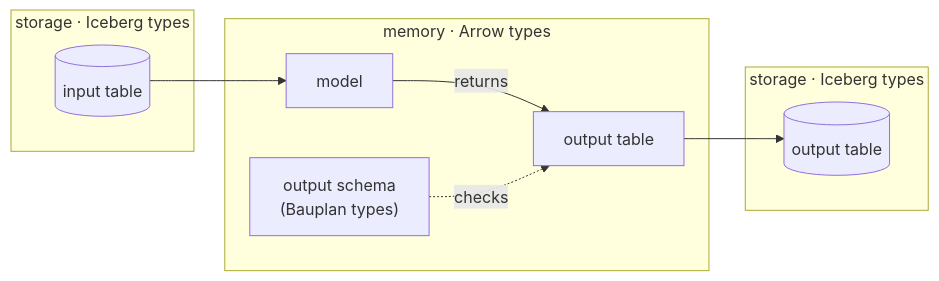
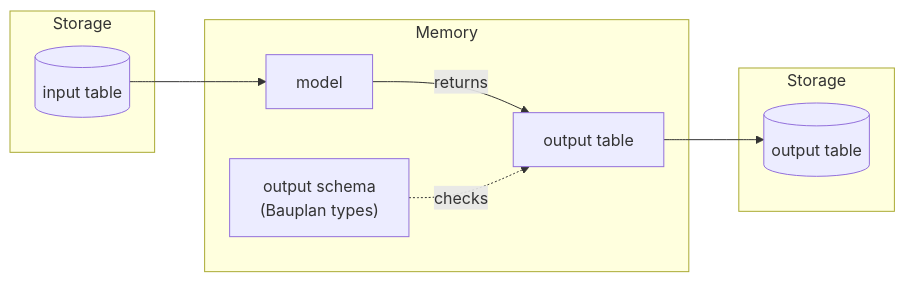
Before and after one commit to BauplanLabs/bauplan: the diagram in docs/pages/concepts/semantics.mdx, drawn with Mermaid. The commit also changed other lines of this file and 3 other files, not shown here.

First line of the commit message:
docs: add an Iceberg/Arrow legend to the type systems diagram

````diff
--- a/docs/pages/concepts/semantics.mdx
+++ b/docs/pages/concepts/semantics.mdx
@@ -61,15 +61,17 @@
 ```mermaid
 flowchart LR
-  subgraph rest1["storage · Iceberg types"]
+  subgraph rest1["Storage"]
     A[("input table")]
   end
-  subgraph mem["memory · Arrow types"]
+  subgraph mem["Memory"]
     M["model"] -- returns --> O["output table"]
     S["output schema<br/>(Bauplan types)"] -. checks .-> O
   end
-  subgraph rest2["storage · Iceberg types"]
+  subgraph rest2["Storage"]
     B[("output table")]
   end
   A --> M
   O --> B
+  class rest1,rest2 iceberg
+  class mem arrow
 ```
````
